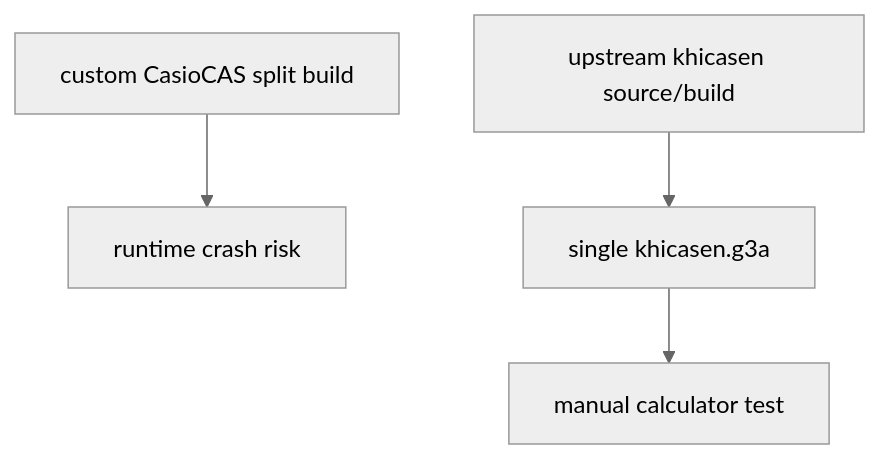
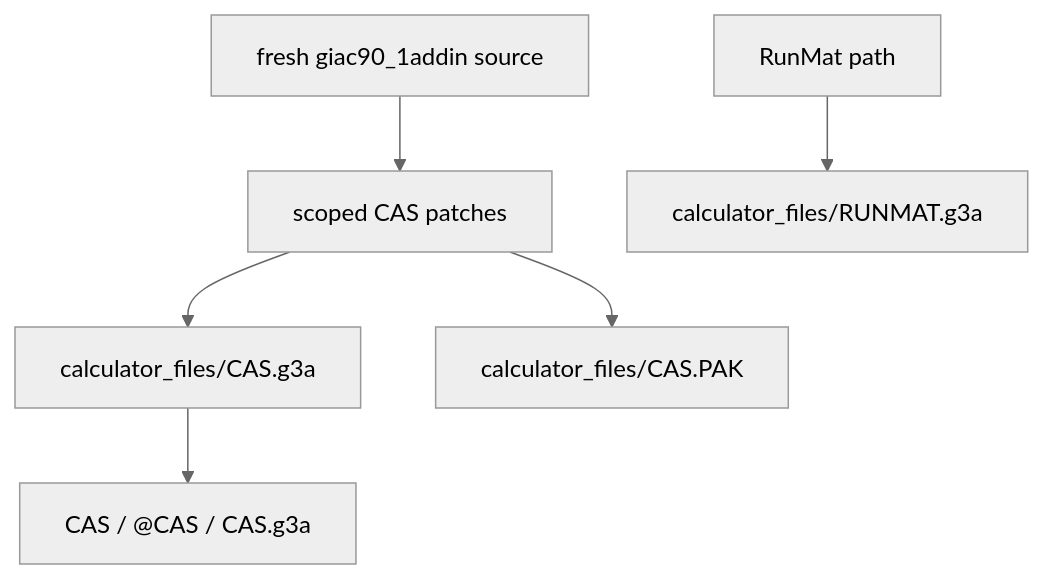
The diagram in docs/runtime_risk_audit.md (james8464/notes-addin-casio-fx-cg50), drawn with Mermaid (neutral theme) before and after one commit. The commit also changed other lines of this file and 107 other files, not shown here.

````diff
--- a/docs/runtime_risk_audit.md
+++ b/docs/runtime_risk_audit.md
@@ -11,6 +5,8 @@
 ```mermaid
 graph TD
-  Broken["custom CasioCAS split build"] --> Crash["runtime crash risk"]
-  Stable["upstream khicasen source/build"] --> G3A["single khicasen.g3a"]
-  G3A --> Test["manual calculator test"]
+  Src["fresh giac90_1addin source"] --> Patch["scoped CAS patches"]
+  Patch --> CAS["calculator_files/CAS.g3a"]
+  Patch --> Pak["calculator_files/CAS.PAK"]
+  RunMat["RunMat path"] --> RM["calculator_files/RUNMAT.g3a"]
+  CAS --> Meta["CAS / @CAS / CAS.g3a"]
 ```
````
